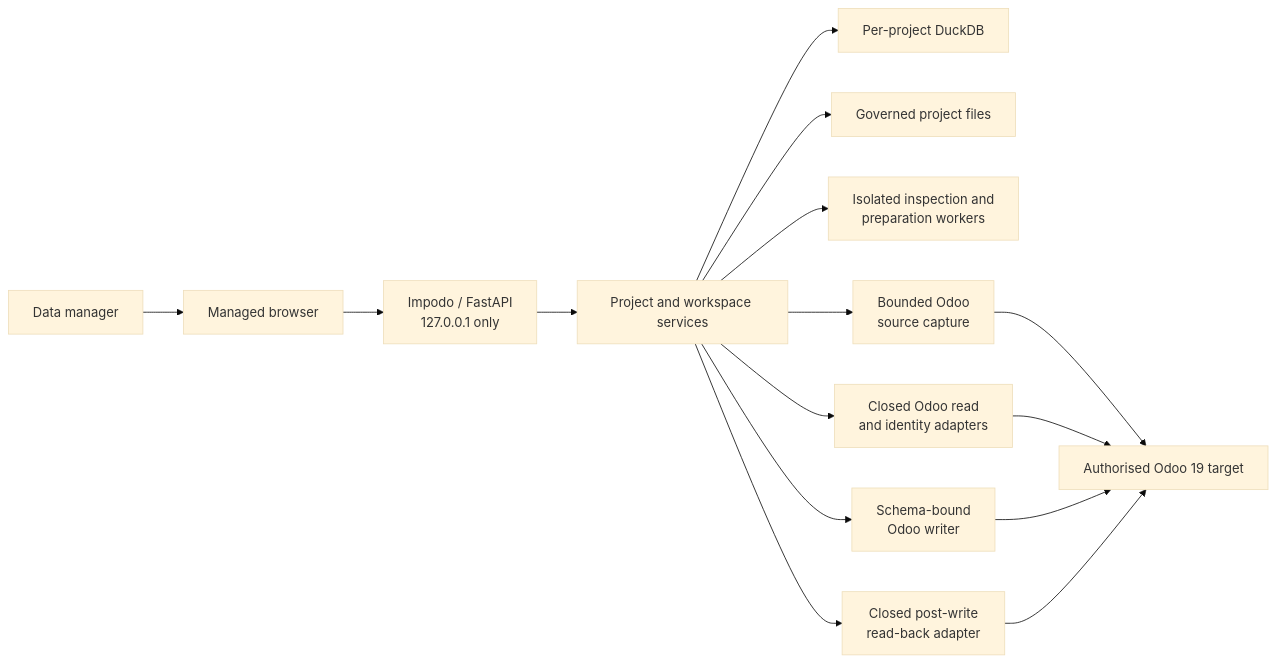
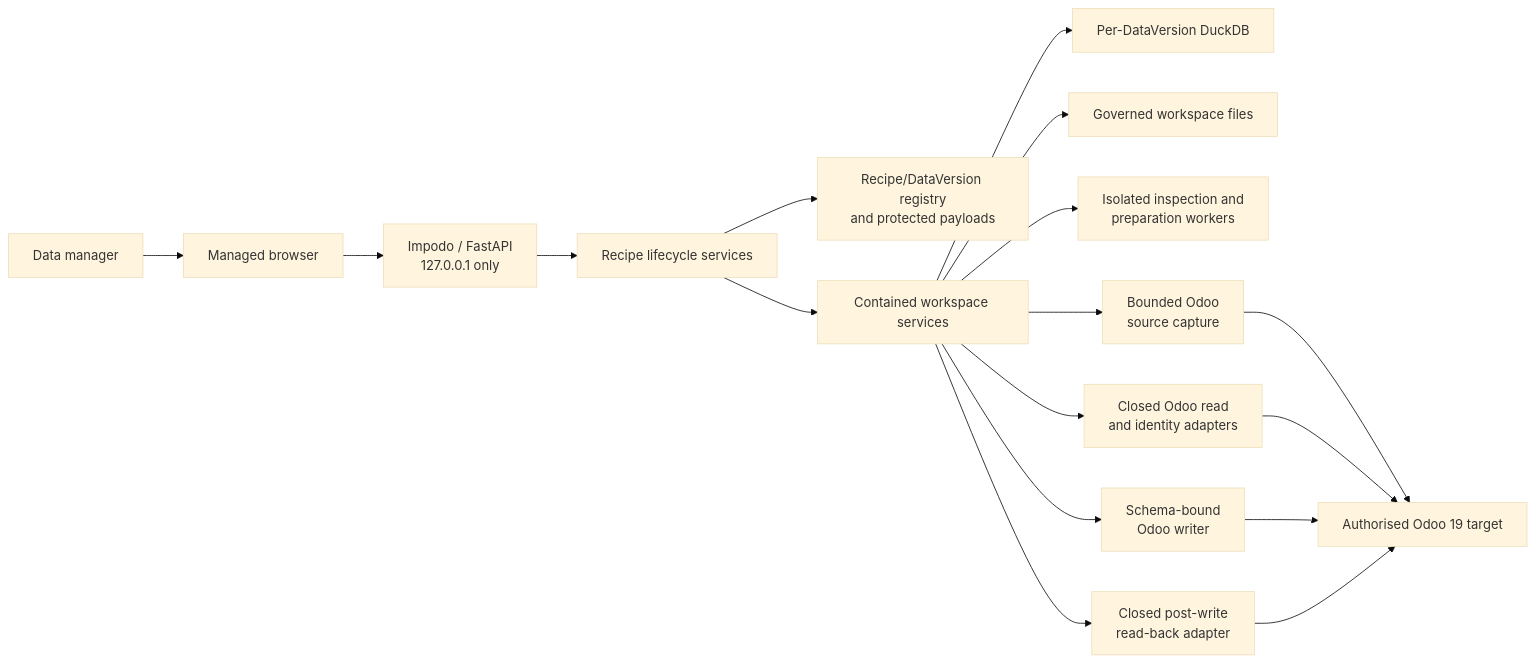
The diagram in docs/architecture/overview.md (fderyckel/dev-impodo), drawn with Mermaid (base theme) before and after one commit. The commit also changed other lines of this file and 26 other files, not shown here.

````diff
--- a/docs/architecture/overview.md
+++ b/docs/architecture/overview.md
@@ -23,17 +26,19 @@
 ```mermaid
 flowchart LR
     User["Data manager"] --> Browser["Managed browser"]
     Browser --> Web["Impodo / FastAPI<br/>127.0.0.1 only"]
-    Web --> Services["Project and workspace services"]
-    Services --> Store["Per-project DuckDB"]
-    Services --> Files["Governed project files"]
+    Web --> Recipe["Recipe lifecycle services"]
+    Recipe --> Registry["Recipe/DataVersion registry<br/>and protected payloads"]
+    Recipe --> Services["Contained workspace services"]
+    Services --> Store["Per-DataVersion DuckDB"]
+    Services --> Files["Governed workspace files"]
     Services --> Worker["Isolated inspection and<br/>preparation workers"]
     Services --> Capture["Bounded Odoo<br/>source capture"]
     Services --> Readers["Closed Odoo read<br/>and identity adapters"]
     Services --> Writer["Schema-bound<br/>Odoo writer"]
     Services --> Readback["Closed post-write<br/>read-back adapter"]
     Capture --> Odoo["Authorised Odoo 19 target"]
     Readers --> Odoo["Authorised Odoo 19 target"]
     Writer --> Odoo
     Readback --> Odoo
 ```
````
